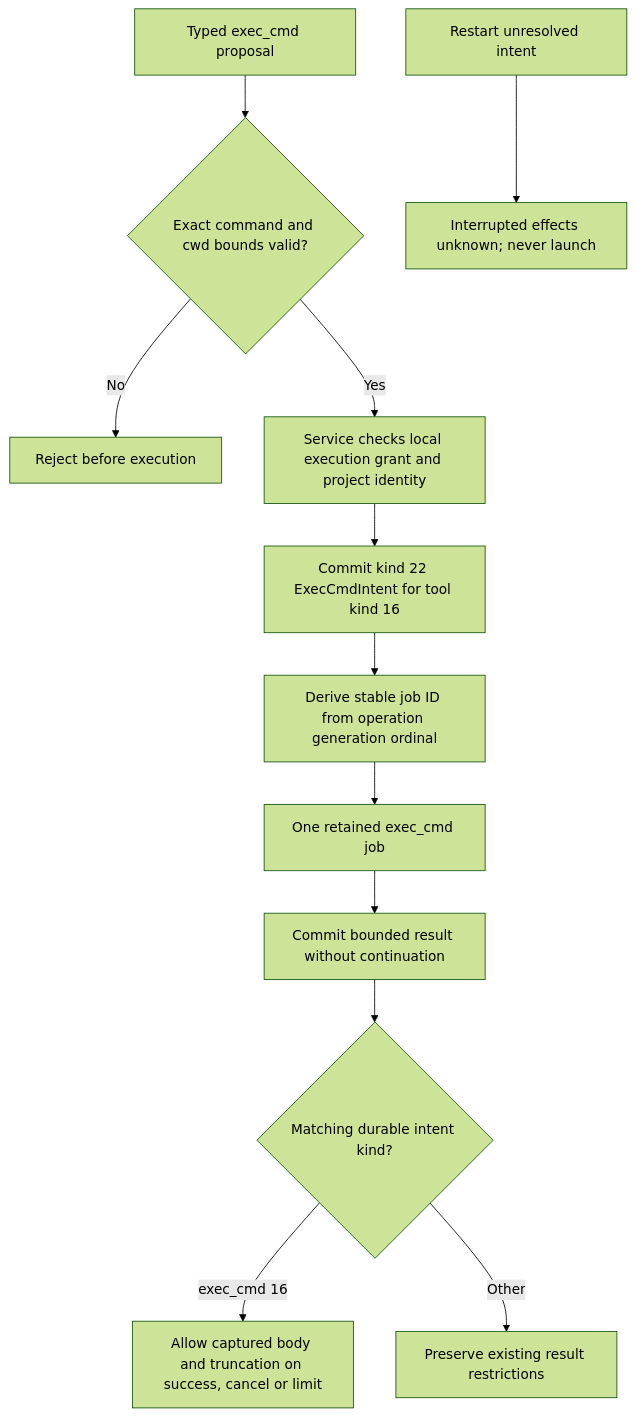
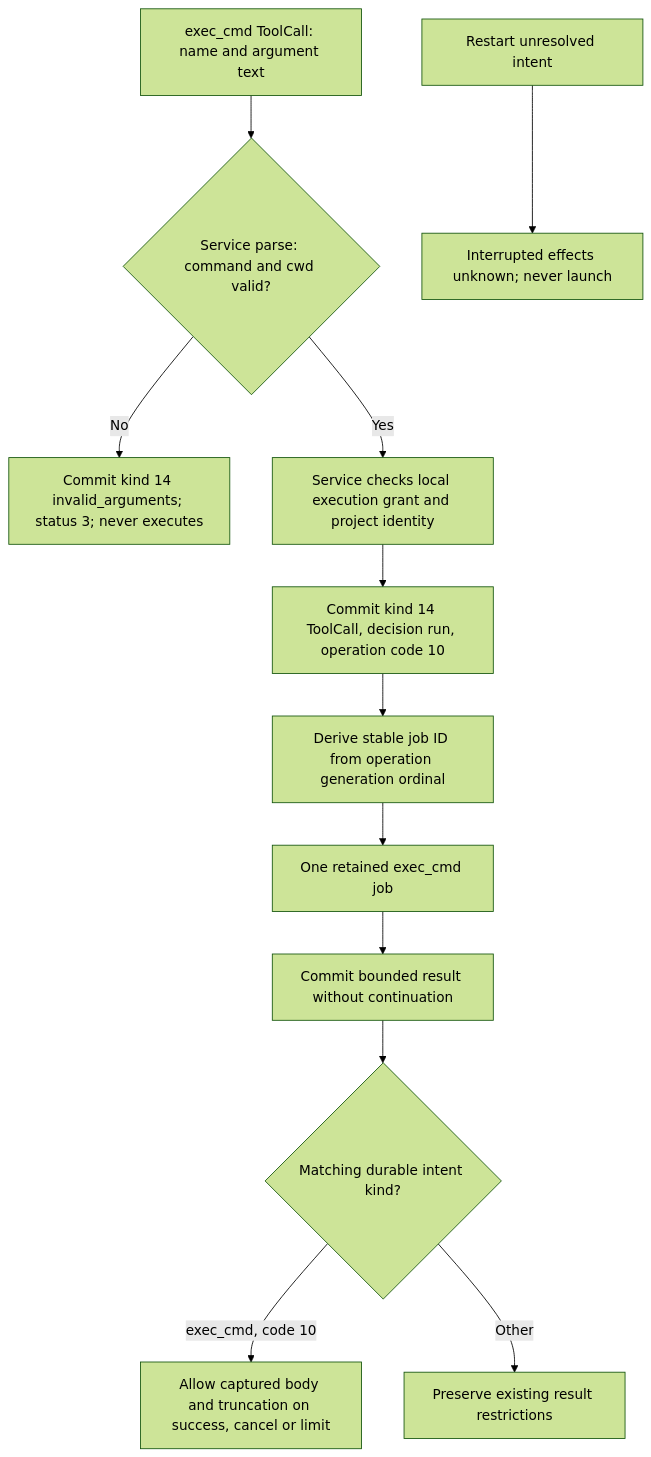
One commit to pidster/asura changed the second of 3 diagrams in docs/designs/exec-cmd-tool.md. Above: the diagram before and after it, drawn with Mermaid (forest theme). The commit also changed other lines of this file and 77 other files, not shown here.

````diff
--- a/docs/designs/exec-cmd-tool.md
+++ b/docs/designs/exec-cmd-tool.md
@@ -473,14 +478,14 @@
 ```mermaid
 flowchart TD
-    Proposal[Typed exec_cmd proposal] --> Validate{Exact command and cwd bounds valid?}
-    Validate -->|No| Reject[Reject before execution]
+    Proposal[exec_cmd ToolCall: name and argument text] --> Validate{Service parse: command and cwd valid?}
+    Validate -->|No| Reject[Commit kind 14 invalid_arguments; status 3; never executes]
     Validate -->|Yes| Grant[Service checks local execution grant and project identity]
-    Grant --> Intent[Commit kind 22 ExecCmdIntent for tool kind 16]
+    Grant --> Intent[Commit kind 14 ToolCall, decision run, operation code 10]
     Intent --> Identity[Derive stable job ID from operation generation ordinal]
     Identity --> Effect[One retained exec_cmd job]
     Effect --> Result[Commit bounded result without continuation]
     Result --> Replay{Matching durable intent kind?}
-    Replay -->|exec_cmd 16| exec_cmd[Allow captured body and truncation on success, cancel or limit]
+    Replay -->|exec_cmd, code 10| exec_cmd[Allow captured body and truncation on success, cancel or limit]
     Replay -->|Other| Existing[Preserve existing result restrictions]
     Restart[Restart unresolved intent] --> Unknown[Interrupted effects unknown; never launch]
 ```
````
